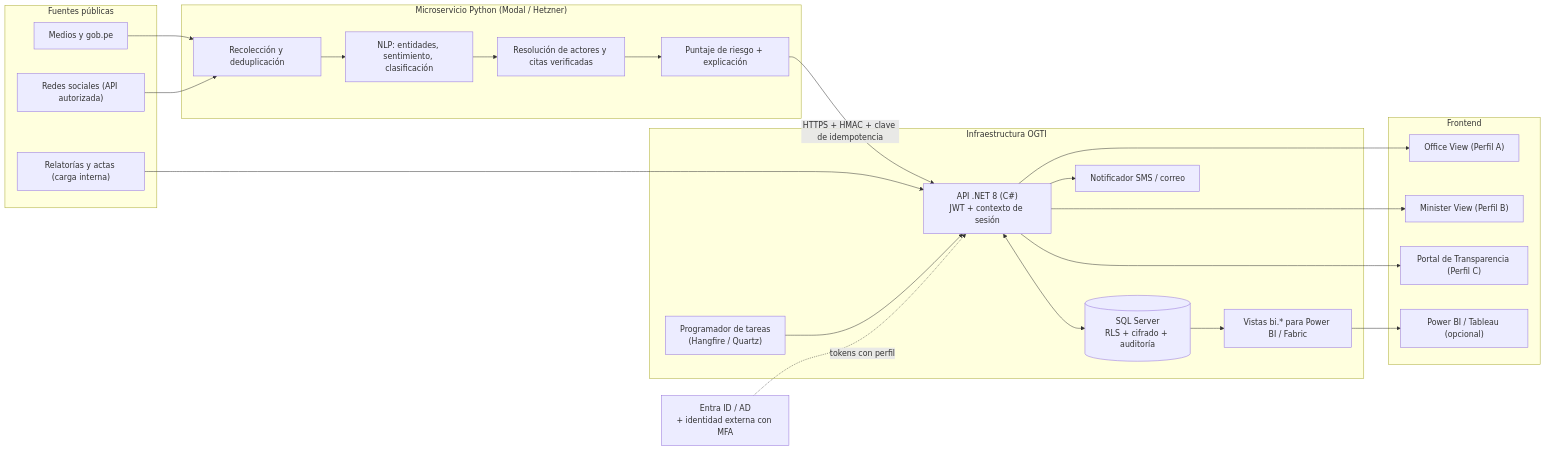
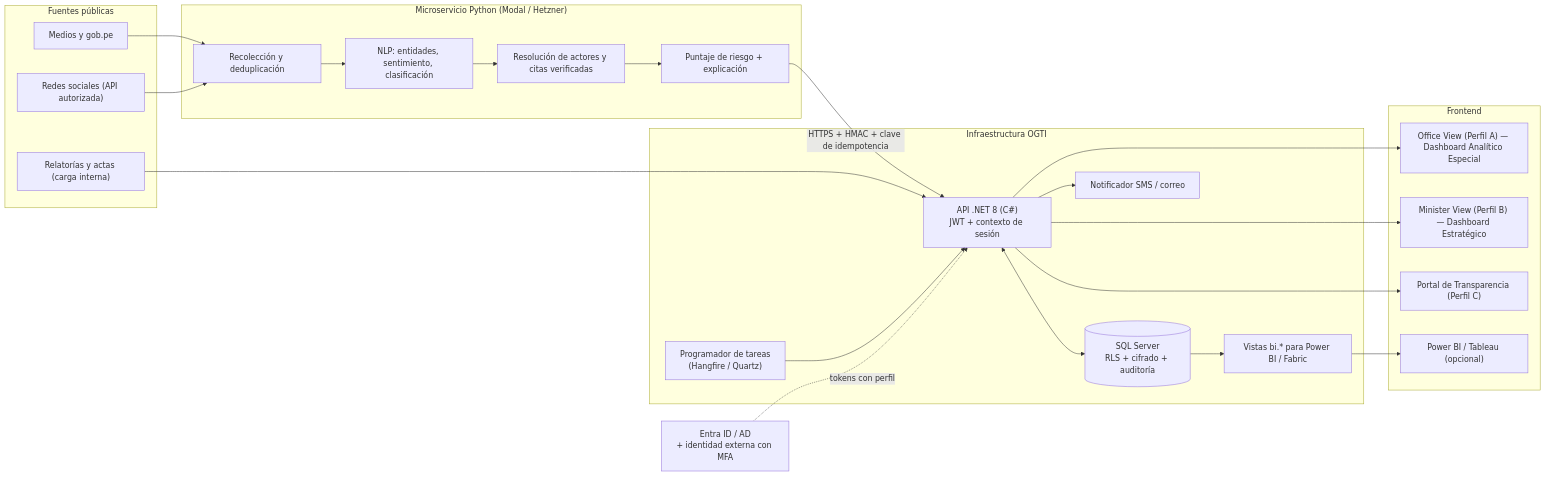
One commit to diegopaucarv/avisa changed the third of 5 diagrams in docs/03_ejecucion/mvp.md. Above: the diagram before and after it, drawn with Mermaid. The commit also changed other lines of this file and 57 other files, not shown here.

````diff
--- a/docs/03_ejecucion/mvp.md
+++ b/docs/03_ejecucion/mvp.md
@@ -775,46 +787,46 @@
 ```mermaid
 flowchart LR
     subgraph FUENTES["Fuentes públicas"]
         N1["Medios y gob.pe"]
         N2["Redes sociales (API autorizada)"]
         N3["Relatorías y actas (carga interna)"]
     end
 
     subgraph IA["Microservicio Python (Modal / Hetzner)"]
         I1["Recolección y deduplicación"]
         I2["NLP: entidades, sentimiento, clasificación"]
         I3["Resolución de actores y citas verificadas"]
         I4["Puntaje de riesgo + explicación"]
     end
 
     subgraph OGTI["Infraestructura OGTI"]
         API["API .NET 8 (C#)<br/>JWT + contexto de sesión"]
         JOB["Programador de tareas<br/>(Hangfire / Quartz)"]
         DB[("SQL Server<br/>RLS + cifrado + auditoría")]
         BI["Vistas bi.* para Power BI / Fabric"]
         NOT["Notificador SMS / correo"]
     end
 
     subgraph FRONT["Frontend"]
-        A["Office View (Perfil A)"]
-        B["Minister View (Perfil B)"]
+        A["Office View (Perfil A) — Dashboard Analítico Especial"]
+        B["Minister View (Perfil B) — Dashboard Estratégico"]
         C["Portal de Transparencia (Perfil C)"]
         PBI["Power BI / Tableau (opcional)"]
     end
 
     IDP["Entra ID / AD<br/>+ identidad externa con MFA"]
 
     N1 --> I1
     N2 --> I1
     I1 --> I2 --> I3 --> I4
     I4 -- "HTTPS + HMAC + clave de idempotencia" --> API
     N3 --> API
     API <--> DB
     JOB --> API
     DB --> BI --> PBI
     API --> A
     API --> B
     API --> C
     API --> NOT
     IDP -. "tokens con perfil" .-> API
 ```
````
